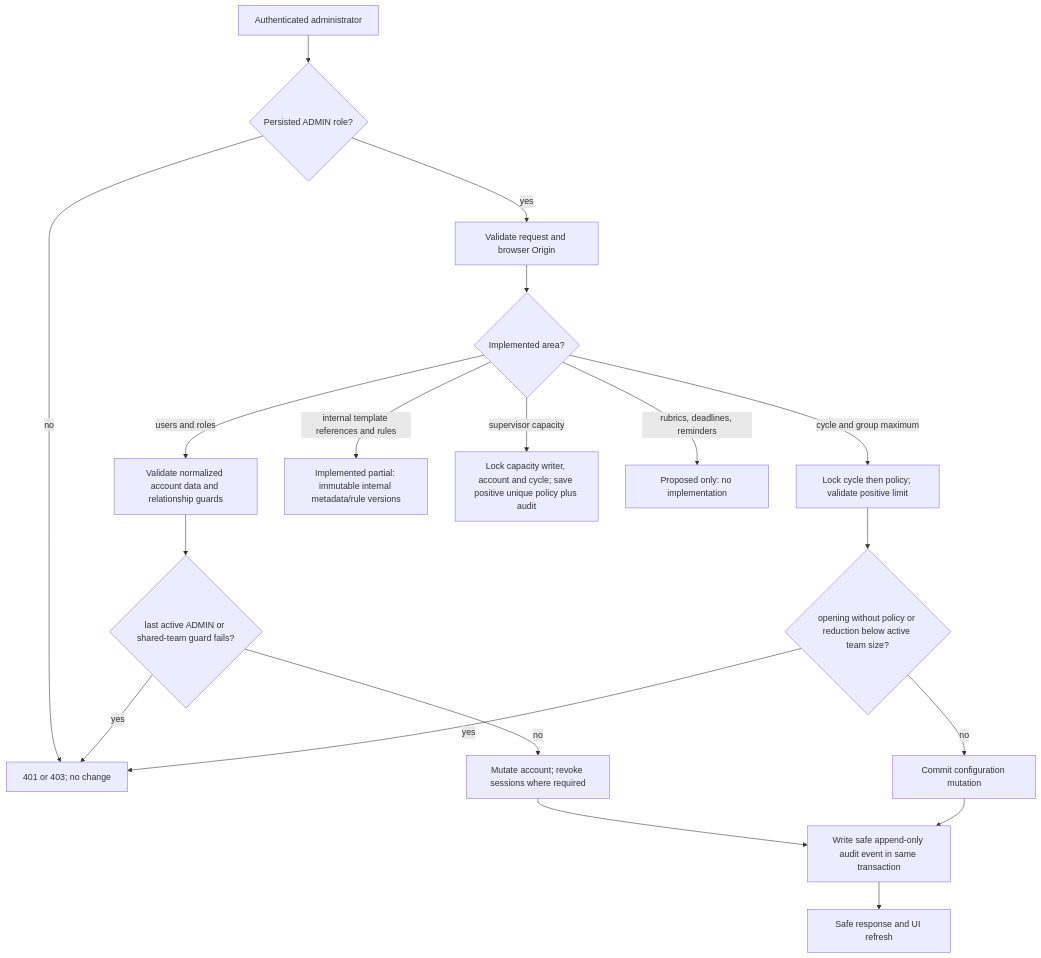
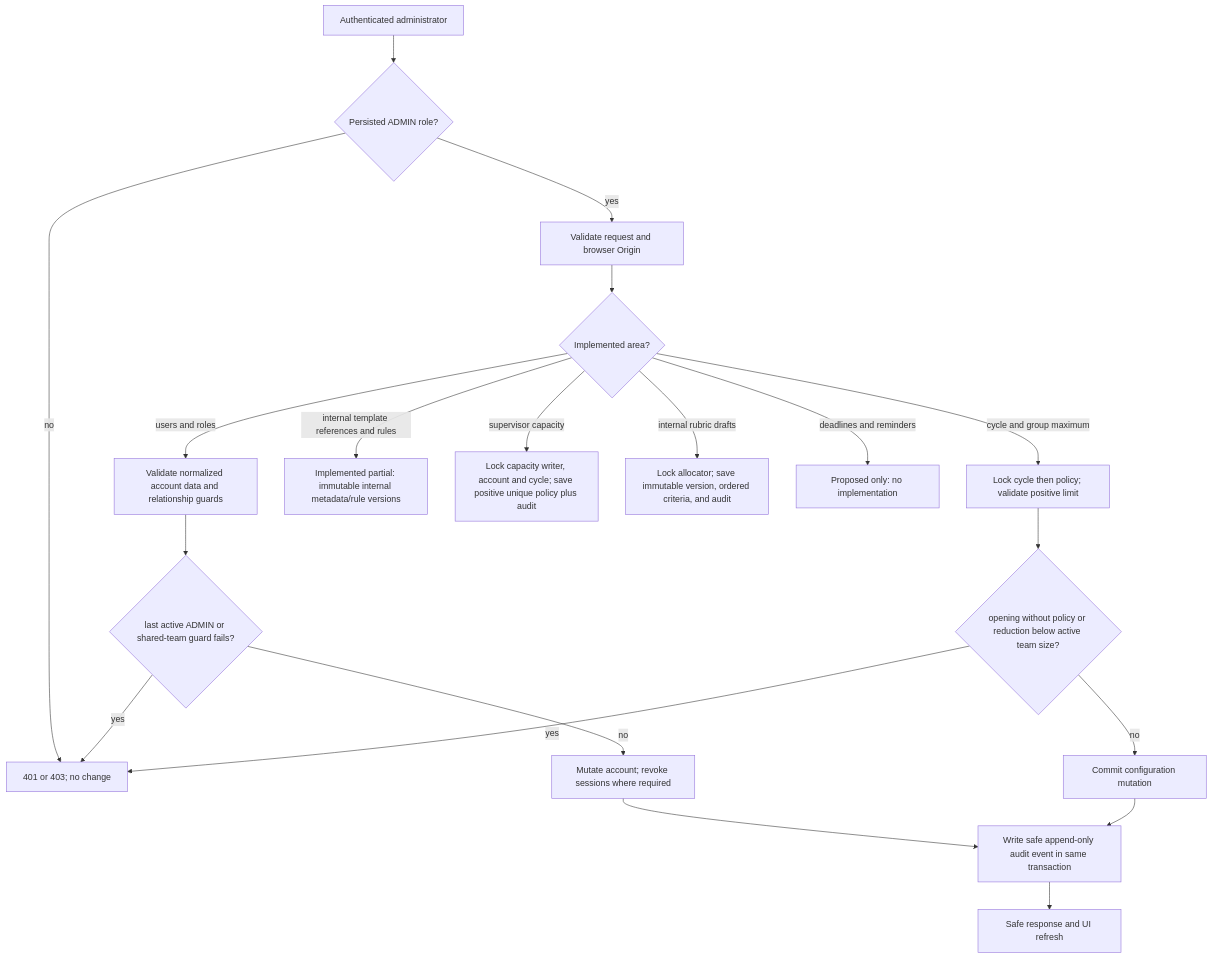
Before and after one commit to farazd63/FYPHub: the third of 7 diagrams in docs/p1-workflows.md, drawn with Mermaid. The commit also changed other lines of this file and 11 other files, not shown here.

Commit message:
Add Admin draft rubric configuration and version history

````diff
--- a/docs/p1-workflows.md
+++ b/docs/p1-workflows.md
@@ -50,21 +50,22 @@
 ```mermaid
 flowchart TD
     A[Authenticated administrator] --> B{Persisted ADMIN role?}
     B -- no --> X[401 or 403; no change]
     B -- yes --> C[Validate request and browser Origin]
     C --> D{Implemented area?}
     D -->|users and roles| E[Validate normalized account data and relationship guards]
     D -->|cycle and group maximum| F[Lock cycle then policy; validate positive limit]
     D -->|internal template references and rules| P[Implemented partial: immutable internal metadata/rule versions]
     D -->|supervisor capacity| R[Lock capacity writer, account and cycle; save positive unique policy plus audit]
-    D -->|rubrics, deadlines, reminders| Q[Proposed only: no implementation]
+    D -->|internal rubric drafts| S[Lock allocator; save immutable version, ordered criteria, and audit]
+    D -->|deadlines and reminders| Q[Proposed only: no implementation]
     E --> G{last active ADMIN or shared-team guard fails?}
     G -- yes --> X
     G -- no --> H[Mutate account; revoke sessions where required]
     F --> I{opening without policy or reduction below active team size?}
     I -- yes --> X
     I -- no --> J[Commit configuration mutation]
     H --> K[Write safe append-only audit event in same transaction]
     J --> K
     K --> L[Safe response and UI refresh]
 ```
````
